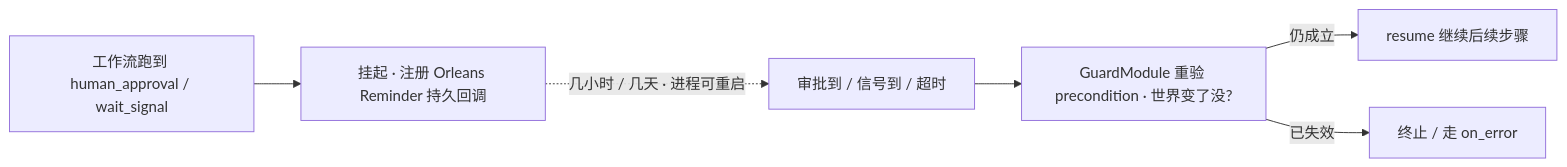
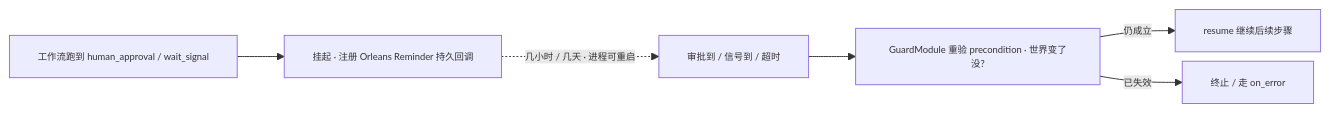
The third of 3 diagrams in 02/08-saga-durable-execution.md (eanzhao-os/aevatar-review), drawn with Mermaid before and after one commit. The commit also changed other lines of this file and 15 other files, not shown here.

````diff
--- a/02/08-saga-durable-execution.md
+++ b/02/08-saga-durable-execution.md
@@ -146,8 +148,9 @@
 ```mermaid
+%%{init: {"maxTextSize": 100000, "flowchart": {"useMaxWidth": false, "nodeSpacing": 10, "rankSpacing": 50}, "themeVariables": {"fontSize": "10px"}}}%%
 flowchart LR
     RUN["工作流跑到 human_approval / wait_signal"] --> SUS["挂起 · 注册 Orleans Reminder 持久回调"]
     SUS -.->|"几小时 / 几天 · 进程可重启"| WAKE["审批到 / 信号到 / 超时"]
     WAKE --> GUARD["GuardModule 重验 precondition · 世界变了没?"]
     GUARD -->|"仍成立"| CONT["resume 继续后续步骤"]
     GUARD -->|"已失效"| STOP["终止 / 走 on_error"]
 ```
````
